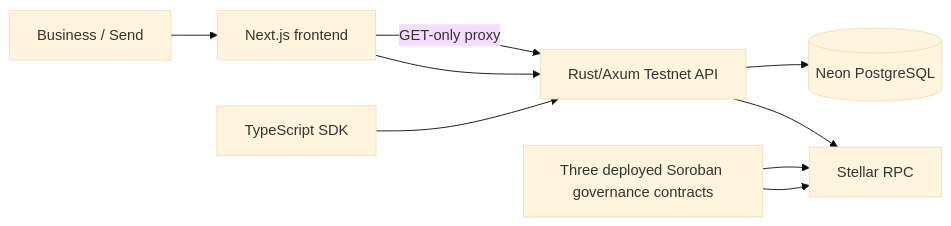
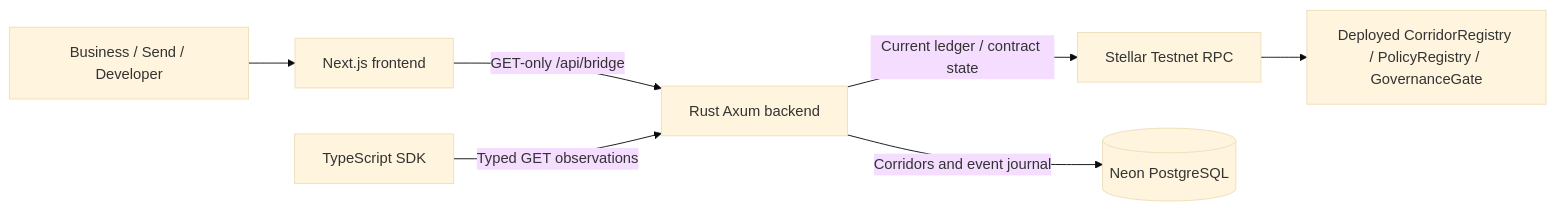
One commit to stealthbridge-labs/.github changed the diagram in profile/README.md. Above: the diagram before and after it, drawn with Mermaid (base theme).

Commit message:
docs(org): simplify accurate integration topology diagram

````diff
--- a/profile/README.md
+++ b/profile/README.md
@@ -55,11 +55,9 @@
 ```mermaid
 flowchart LR
-  User["Business / Send"] --> Web["Next.js frontend"]
-  Web --> API["Rust/Axum Testnet API"]
-  API --> Stellar["Stellar RPC"]
-  API --> DB[("Neon PostgreSQL")]
-  Web -->|"GET-only proxy"| API
-  Contract["Deployed CorridorRegistry / PolicyRegistry / GovernanceGate"] --> Stellar
-  SDK["TypeScript SDK"] --> API
-  Contract["Three deployed Soroban governance contracts"] --> Stellar
+  User["Business / Send / Developer"] --> Web["Next.js frontend"]
+  Web -->|"GET-only /api/bridge"| API["Rust Axum backend"]
+  SDK["TypeScript SDK"] -->|"Typed GET observations"| API
+  API -->|"Current ledger / contract state"| Stellar["Stellar Testnet RPC"]
+  API -->|"Corridors and event journal"| DB[("Neon PostgreSQL")]
+  Stellar --> Contract["Deployed CorridorRegistry / PolicyRegistry / GovernanceGate"]
 ```
````
